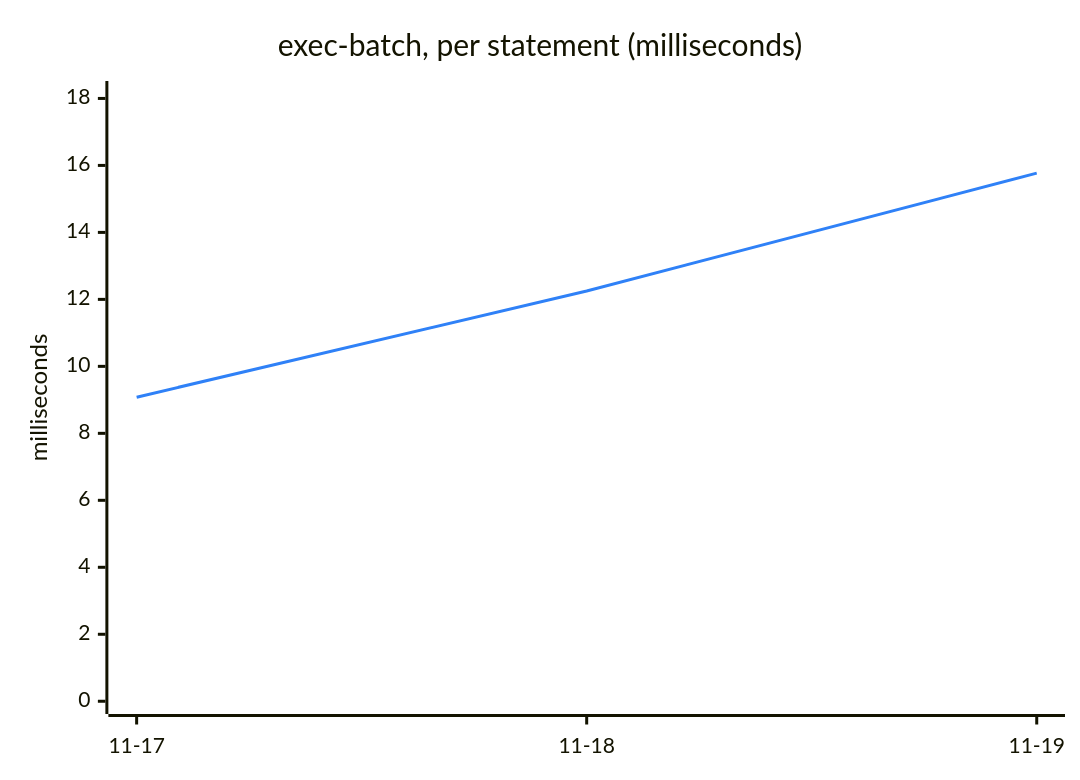
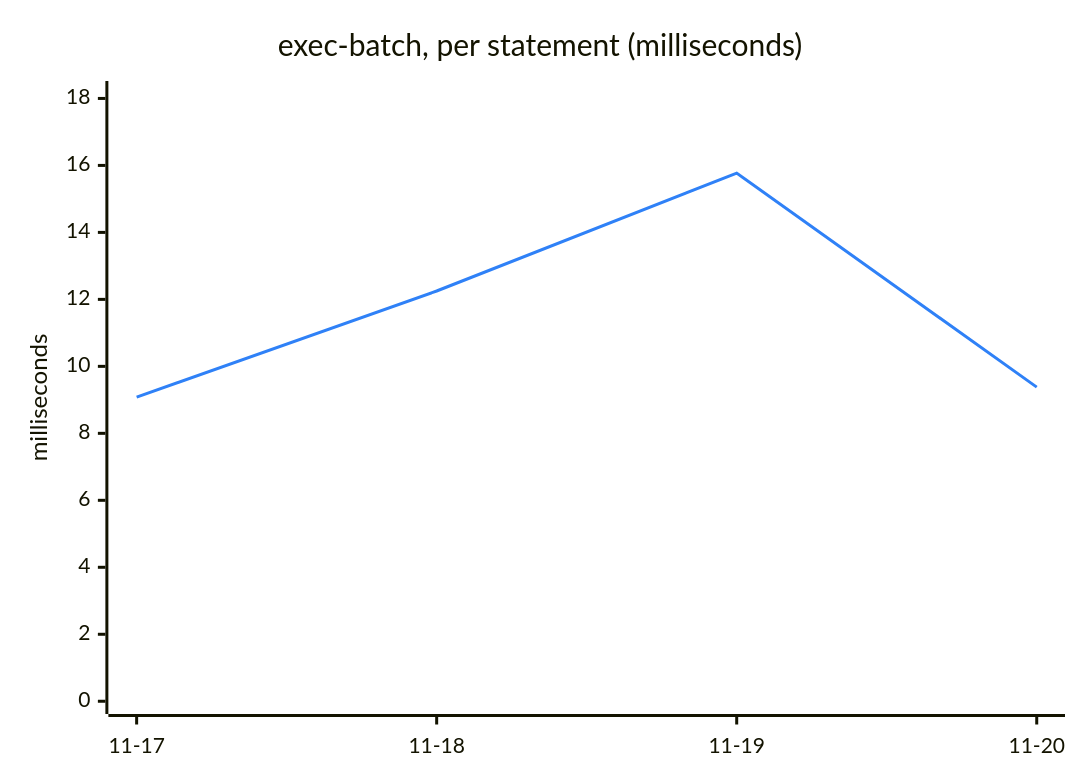
One commit to Ricovl/mxcli changed the fifth of 6 diagrams in TREND.md. Above: the diagram before and after it, drawn with Mermaid. The commit also changed other lines of this file and 2 other files, not shown here.

````diff
--- a/TREND.md
+++ b/TREND.md
@@ -111,13 +111,13 @@
 ```mermaid
 ---
 config:
   themeVariables:
     xyChart:
       plotColorPalette: "#2f81f7"
 ---
 xychart-beta
     title "exec-batch, per statement (milliseconds)"
-    x-axis ["11-17", "11-18", "11-19"]
+    x-axis ["11-17", "11-18", "11-19", "11-20"]
     y-axis "milliseconds" 0 --> 18.14
-    line [9.08, 12.25, 15.77]
+    line [9.08, 12.25, 15.77, 9.38]
 ```
````
